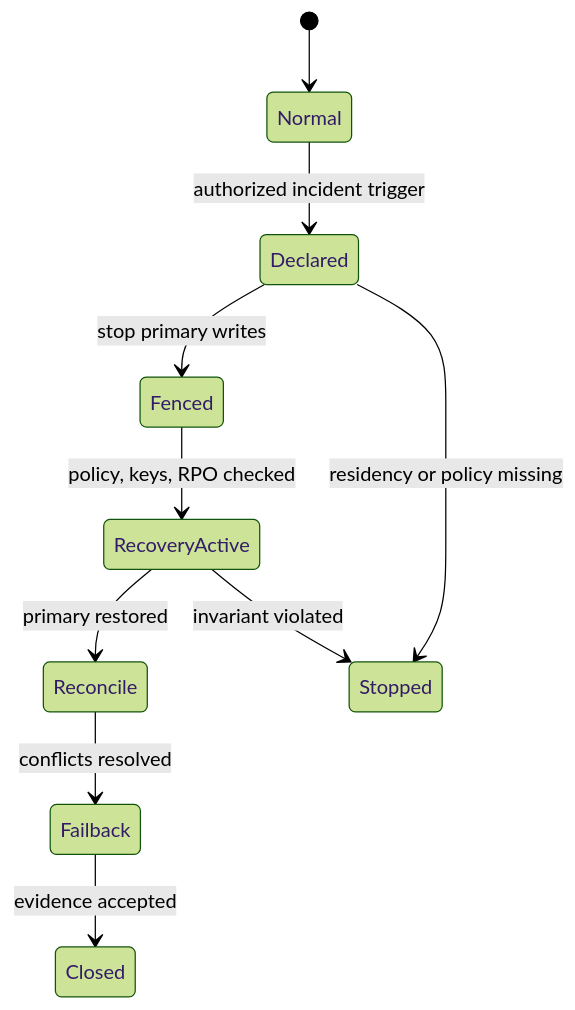
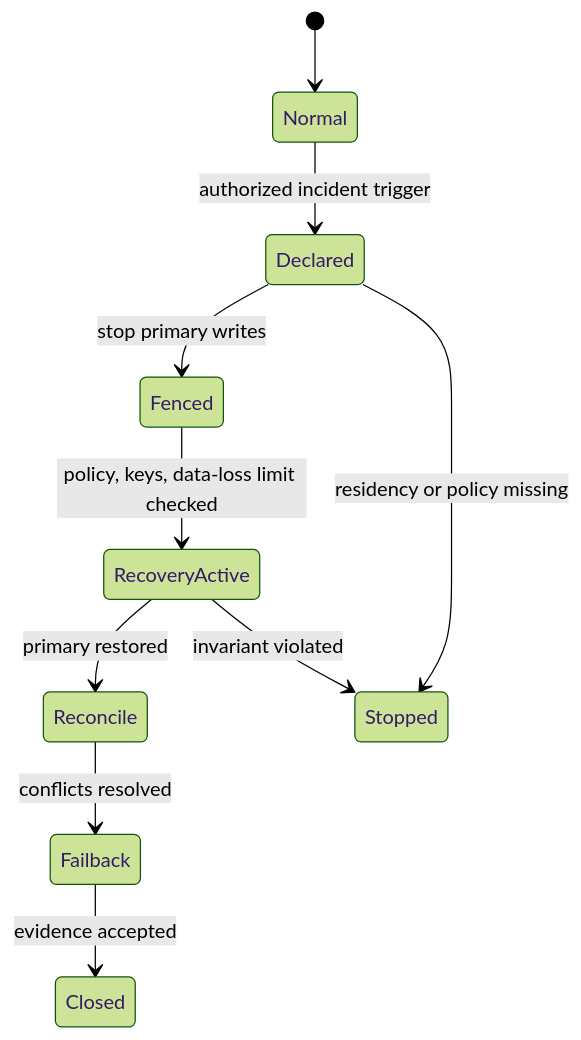
The third of 3 diagrams in modules/08-scale-economics-lifecycle/chapters/34-multi-tenant-multi-region-design.md (VikrantSingh01/Agentic_System_Design), drawn with Mermaid (forest theme) before and after one commit. The commit also changed other lines of this file and 2 other files, not shown here.

Commit message:
Improve Module 8 diagram accessibility

````diff
--- a/modules/08-scale-economics-lifecycle/chapters/34-multi-tenant-multi-region-design.md
+++ b/modules/08-scale-economics-lifecycle/chapters/34-multi-tenant-multi-region-design.md
@@ -108,12 +111,12 @@
 ```mermaid
 stateDiagram-v2
     [*] --> Normal
     Normal --> Declared: authorized incident trigger
     Declared --> Fenced: stop primary writes
-    Fenced --> RecoveryActive: policy, keys, RPO checked
+    Fenced --> RecoveryActive: policy, keys, data-loss limit checked
     RecoveryActive --> Reconcile: primary restored
     Reconcile --> Failback: conflicts resolved
     Failback --> Closed: evidence accepted
     Declared --> Stopped: residency or policy missing
     RecoveryActive --> Stopped: invariant violated
 ```
````
